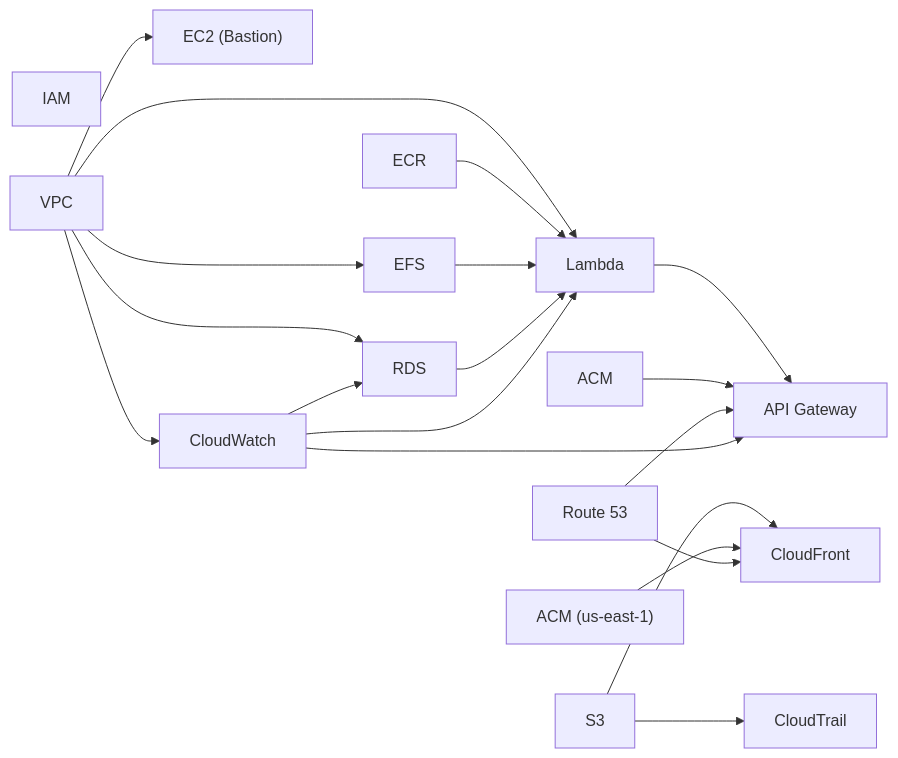
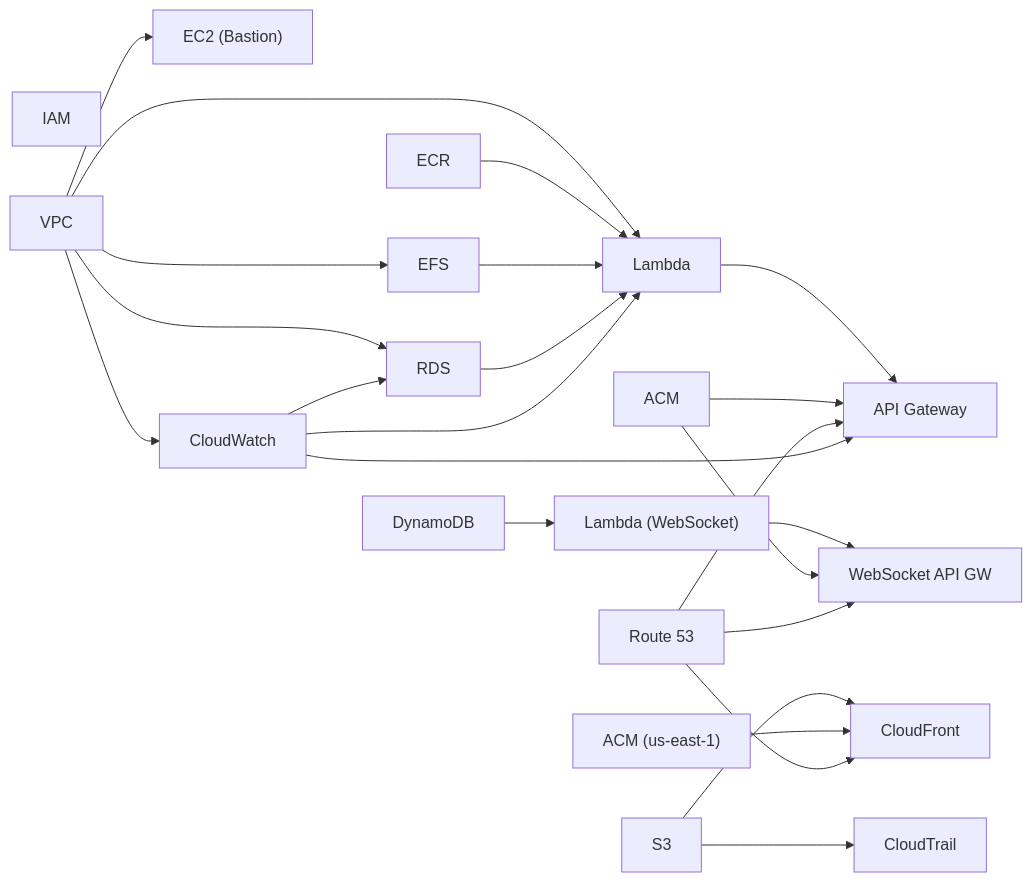
Before and after one commit to 80-hours-a-week/2-cho-community-infra: the second of 3 diagrams in README.md, drawn with Mermaid. The commit also changed other lines of this file and 1 other file, not shown here.

Commit message:
docs: README 문서 수정 fix: WebSocket 핸들러 배포 파일 무시

````diff
--- a/README.md
+++ b/README.md
@@ -91,28 +102,33 @@
 ```mermaid
 flowchart LR
     IAM
 
     VPC --> RDS
     VPC --> EFS
     VPC --> Lambda
     VPC --> EC2["EC2 (Bastion)"]
     VPC --> CloudWatch
 
     ECR --> Lambda
     EFS --> Lambda
     RDS --> Lambda
     Lambda --> API_GW["API Gateway"]
 
     ACM --> API_GW
     Route53["Route 53"] --> API_GW
 
     CloudWatch --> Lambda
     CloudWatch --> RDS
     CloudWatch --> API_GW
 
+    DynamoDB --> Lambda_WS["Lambda (WebSocket)"]
+    Lambda_WS --> WS_APIGW["WebSocket API GW"]
+    ACM --> WS_APIGW
+    Route53 --> WS_APIGW
+
     S3 --> CloudTrail
     S3 --> CloudFront
 
     ACM_CF["ACM (us-east-1)"] --> CloudFront
     Route53 --> CloudFront
 ```
````
